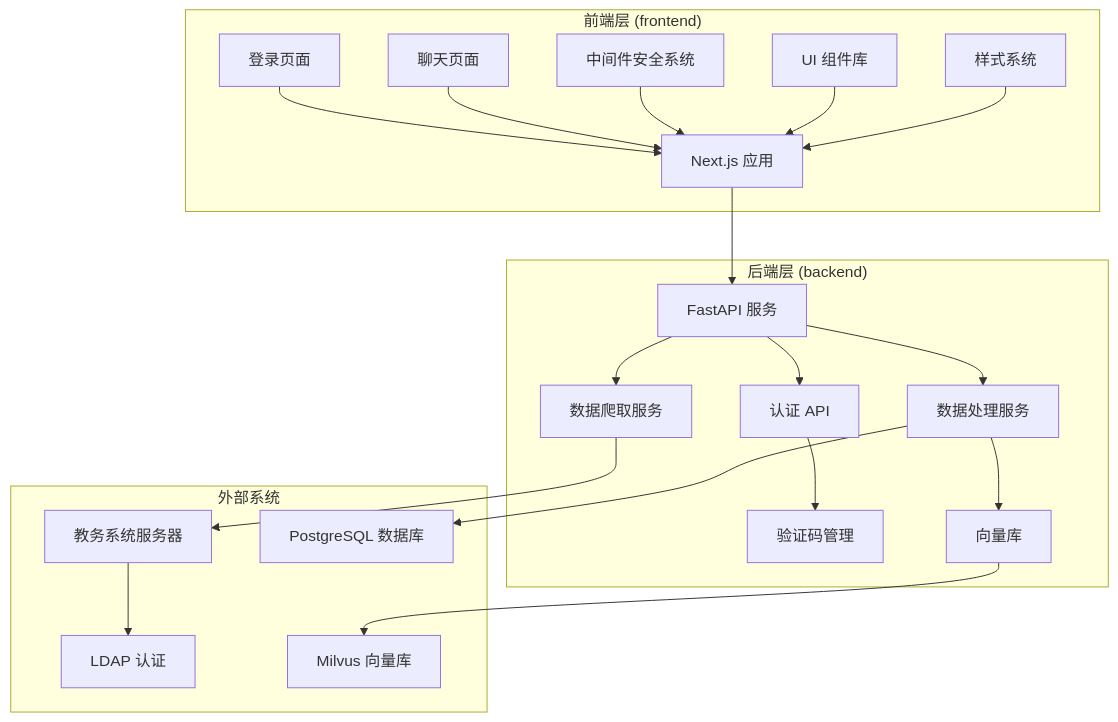
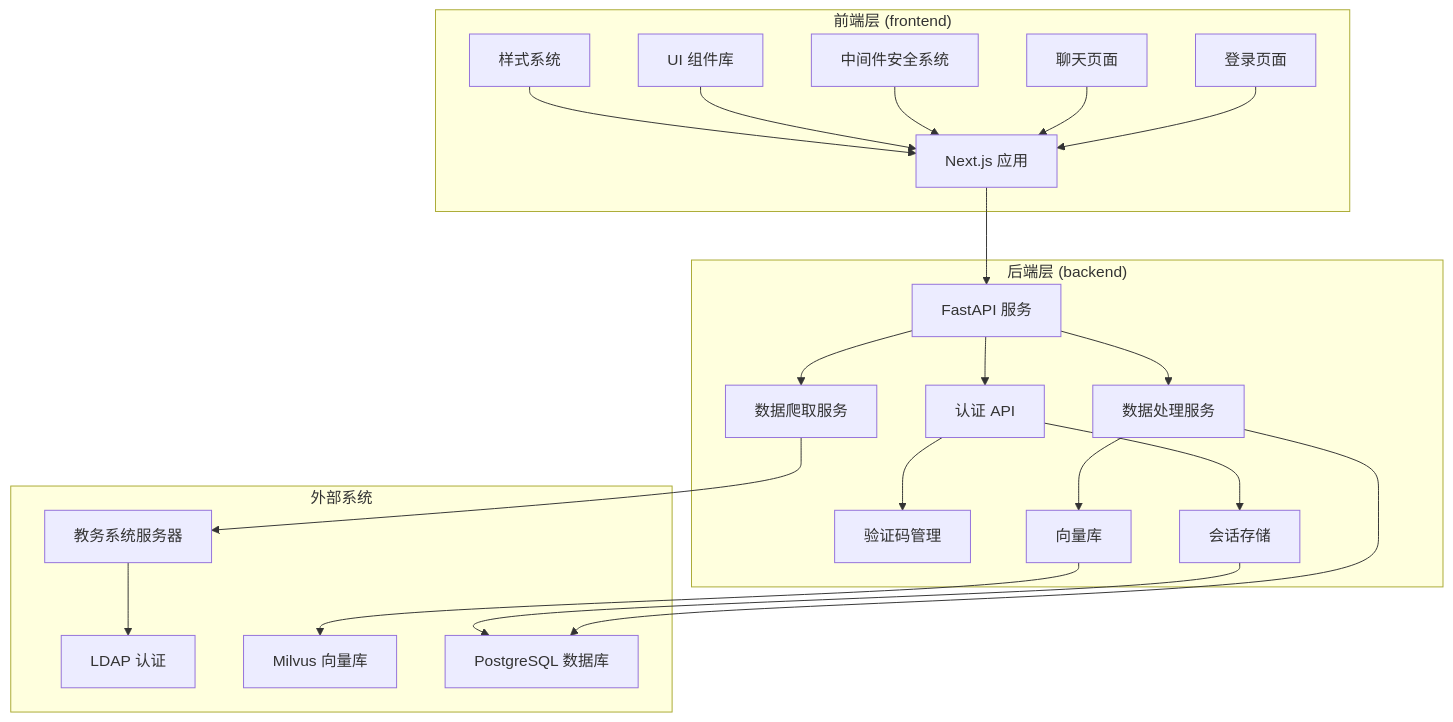
The first of 14 diagrams in .qoder/repowiki/zh/content/前端应用文档/登录页面与认证流程.md (ghbbn053-ship-itsoulddog/soulddog), drawn with Mermaid before and after one commit. The commit also changed other lines of this file and 119 other files, not shown here.

````diff
--- a/.qoder/repowiki/zh/content/前端应用文档/登录页面与认证流程.md
+++ b/.qoder/repowiki/zh/content/前端应用文档/登录页面与认证流程.md
@@ -65,40 +69,43 @@
 ```mermaid
 graph TB
 subgraph "前端层 (frontend)"
 A[Next.js 应用]
 B[登录页面]
 C[聊天页面]
 D[中间件安全系统]
 E[UI 组件库]
 F[样式系统]
 end
 subgraph "后端层 (backend)"
 G[FastAPI 服务]
 H[认证 API]
 I[数据爬取服务]
 J[验证码管理]
 K[数据处理服务]
 L[向量库]
+M[会话存储]
 end
 subgraph "外部系统"
-M[教务系统服务器]
-N[LDAP 认证]
-O[Milvus 向量库]
-P[PostgreSQL 数据库]
+N[教务系统服务器]
+O[LDAP 认证]
+P[Milvus 向量库]
+Q[PostgreSQL 数据库]
 end
 A --> G
 B --> A
 C --> A
 D --> A
 E --> A
 F --> A
 G --> H
 G --> I
 G --> K
 H --> J
-I --> M
+H --> M
+I --> N
 K --> L
-K --> P
-L --> O
-M --> N
+K --> Q
+L --> P
+M --> Q
+N --> O
 ```
````
